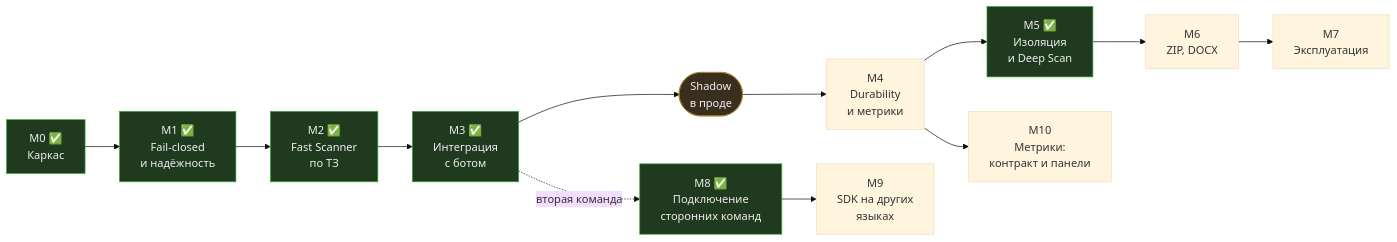
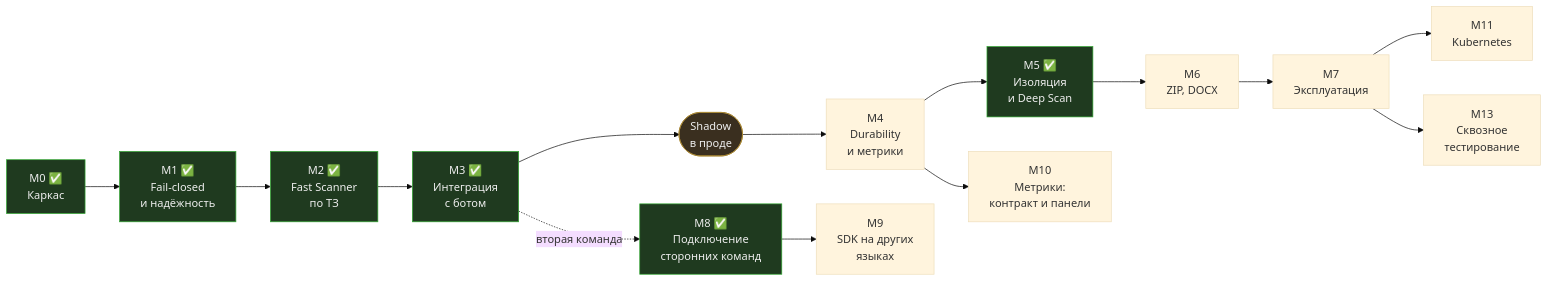
One commit to dato-dev/vulnscan changed the diagram in ROADMAP.md. Above: the diagram before and after it, drawn with Mermaid (base theme). The commit also changed other lines of this file and 97 other files, not shown here.

````diff
--- a/ROADMAP.md
+++ b/ROADMAP.md
@@ -30,22 +45,24 @@
 ```mermaid
 flowchart LR
     M0["M0 ✅<br/>Каркас"] --> M1["M1 ✅<br/>Fail-closed<br/>и надёжность"]
     M1 --> M2["M2 ✅<br/>Fast Scanner<br/>по ТЗ"]
     M2 --> M3["M3 ✅<br/>Интеграция<br/>с ботом"]
     M3 --> PROD(["Shadow<br/>в проде"])
     PROD --> M4["M4<br/>Durability<br/>и метрики"]
     M4 --> M5["M5 ✅<br/>Изоляция<br/>и Deep Scan"]
     M5 --> M6["M6<br/>ZIP, DOCX"]
     M6 --> M7["M7<br/>Эксплуатация"]
+    M7 --> M11["M11<br/>Kubernetes"]
+    M7 --> M13["M13<br/>Сквозное<br/>тестирование"]
     M4 --> M10["M10<br/>Метрики:<br/>контракт и панели"]
     M8 --> M9["M9<br/>SDK на других<br/>языках"]
     M3 -.->|"вторая команда"| M8["M8 ✅<br/>Подключение<br/>сторонних команд"]
 
     style M0 fill:#1f3a1f,stroke:#3a3,color:#eee
     style M1 fill:#1f3a1f,stroke:#3a3,color:#eee
     style M2 fill:#1f3a1f,stroke:#3a3,color:#eee
     style M3 fill:#1f3a1f,stroke:#3a3,color:#eee
     style M5 fill:#1f3a1f,stroke:#3a3,color:#eee
     style M8 fill:#1f3a1f,stroke:#3a3,color:#eee
     style PROD fill:#3a2f1f,stroke:#a83,color:#eee
 ```
````
